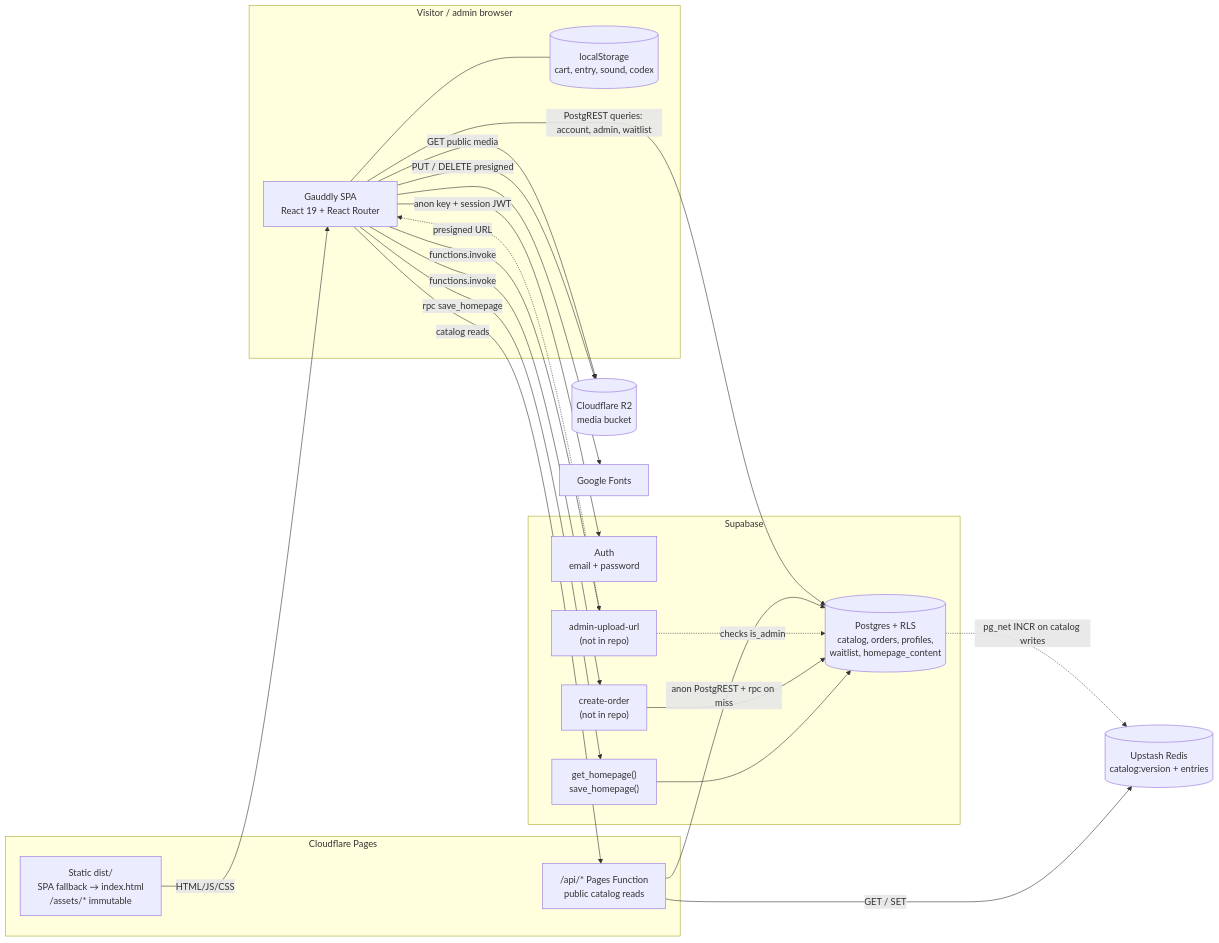
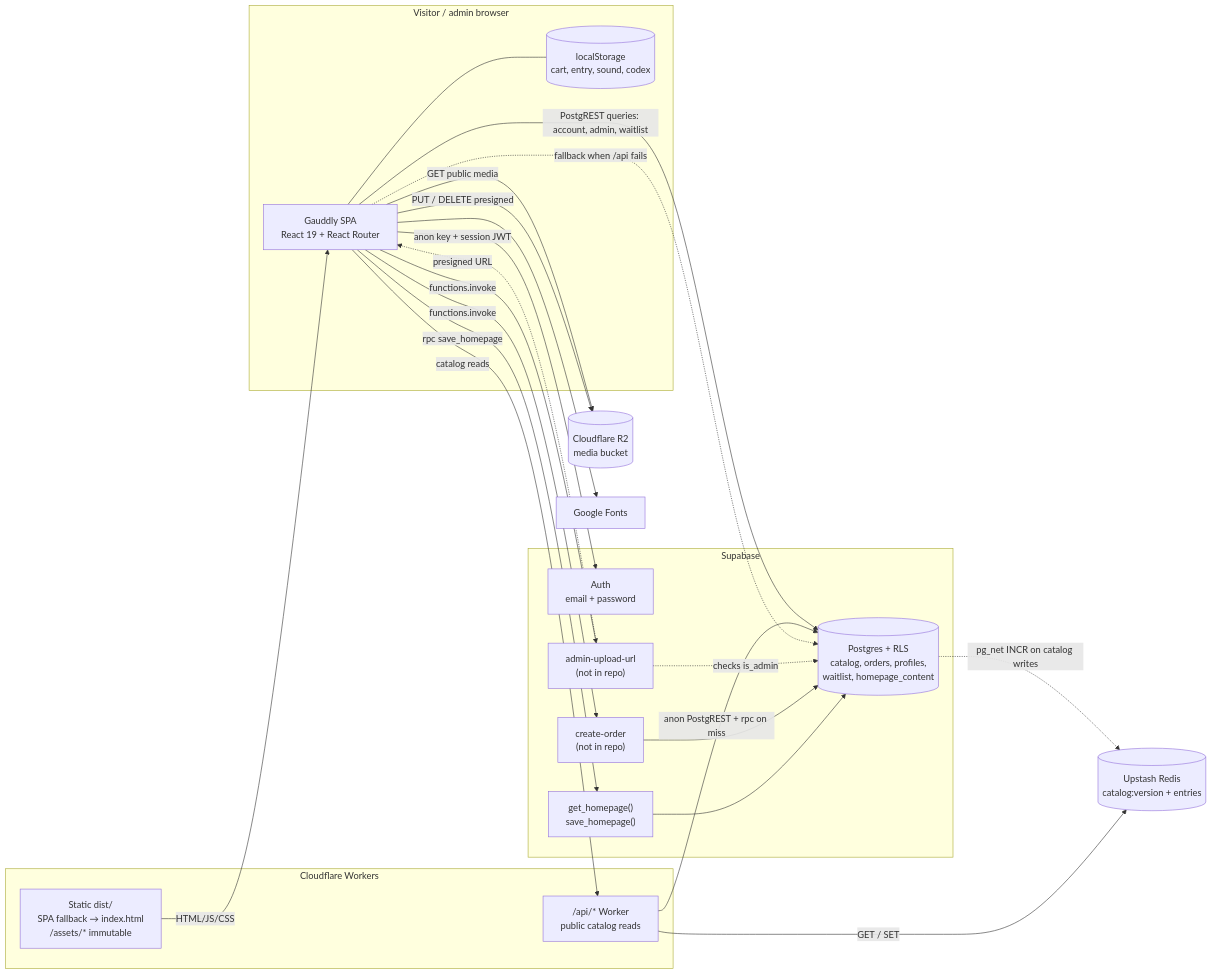
The diagram in diagrams/system-context.md (manishkumarveo-jpg/Gauddly), drawn with Mermaid before and after one commit. The commit also changed 25 other files, not shown here.

First line of the commit message:
fix: deploy as a Cloudflare Worker instead of a Pages Function

````diff
--- a/diagrams/system-context.md
+++ b/diagrams/system-context.md
@@ -5,43 +5,44 @@
 ```mermaid
 flowchart LR
   subgraph Browser["Visitor / admin browser"]
     SPA["Gauddly SPA<br/>React 19 + React Router"]
     LS[("localStorage<br/>cart, entry, sound, codex")]
     SPA --- LS
   end
 
-  subgraph Pages["Cloudflare Pages"]
+  subgraph Cloudflare["Cloudflare Workers"]
     Static["Static dist/<br/>SPA fallback → index.html<br/>/assets/* immutable"]
-    API["/api/* Pages Function<br/>public catalog reads"]
+    API["/api/* Worker<br/>public catalog reads"]
   end
   Redis[("Upstash Redis<br/>catalog:version + entries")]
 
   subgraph Supabase
     Auth["Auth<br/>email + password"]
     PG[("Postgres + RLS<br/>catalog, orders, profiles,<br/>waitlist, homepage_content")]
     RPC["get_homepage()<br/>save_homepage()"]
     CO["create-order<br/>(not in repo)"]
     UP["admin-upload-url<br/>(not in repo)"]
     RPC --> PG
     CO --> PG
     UP -. checks is_admin .-> PG
   end
 
   R2[("Cloudflare R2<br/>media bucket")]
   Fonts["Google Fonts"]
 
   Static -->|HTML/JS/CSS| SPA
   SPA -->|anon key + session JWT| Auth
   SPA -->|catalog reads| API
+  SPA -. fallback when /api fails .-> PG
   API -->|GET / SET| Redis
   API -->|anon PostgREST + rpc on miss| PG
   PG -. pg_net INCR on catalog writes .-> Redis
   SPA -->|PostgREST queries: account, admin, waitlist| PG
   SPA -->|rpc save_homepage| RPC
   SPA -->|functions.invoke| CO
   SPA -->|functions.invoke| UP
   UP -. presigned URL .-> SPA
   SPA -->|PUT / DELETE presigned| R2
   SPA -->|GET public media| R2
   SPA --> Fonts
 ```
````
